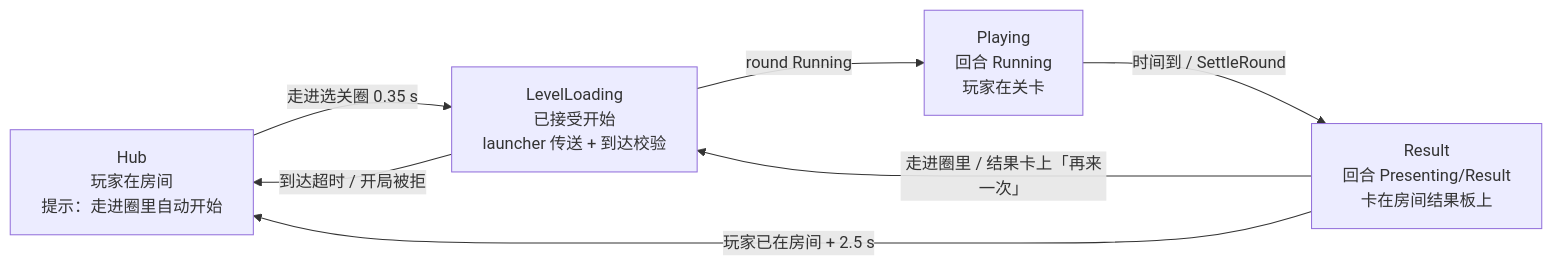
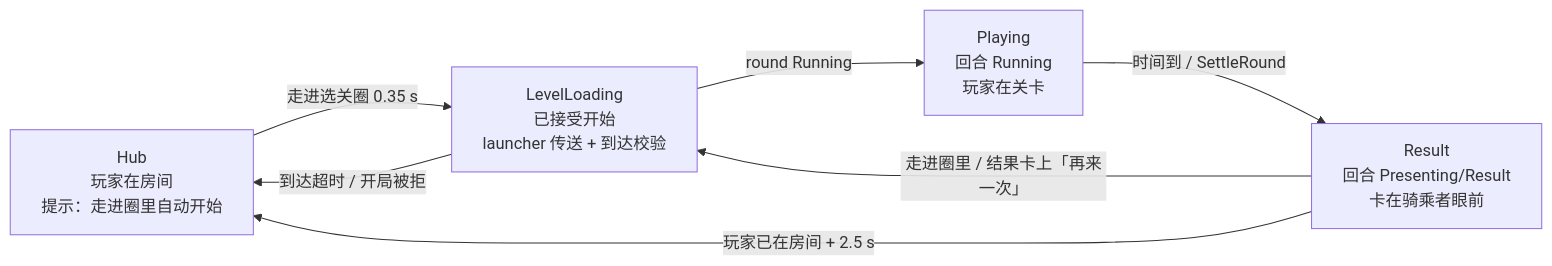
One commit to FuLuTang/VRChatKatamariDanacy changed the diagram in Docs/Design/StoryMode/HUB_ROOM.md. Above: the diagram before and after it, drawn with Mermaid. The commit also changed other lines of this file and 217 other files, not shown here.

````diff
--- a/Docs/Design/StoryMode/HUB_ROOM.md
+++ b/Docs/Design/StoryMode/HUB_ROOM.md
@@ -26,13 +26,13 @@
 ```mermaid
 flowchart LR
   H[Hub<br/>玩家在房间<br/>提示：走进圈里自动开始]
   L[LevelLoading<br/>已接受开始<br/>launcher 传送 + 到达校验]
   P[Playing<br/>回合 Running<br/>玩家在关卡]
-  R[Result<br/>回合 Presenting/Result<br/>卡在房间结果板上]
+  R[Result<br/>回合 Presenting/Result<br/>卡在骑乘者眼前]
   H -->|走进选关圈 0.35 s| L
   L -->|round Running| P
   L -->|到达超时 / 开局被拒| H
   P -->|时间到 / SettleRound| R
   R -->|走进圈里 / 结果卡上「再来一次」| L
   R -->|玩家已在房间 + 2.5 s| H
 ```
````
